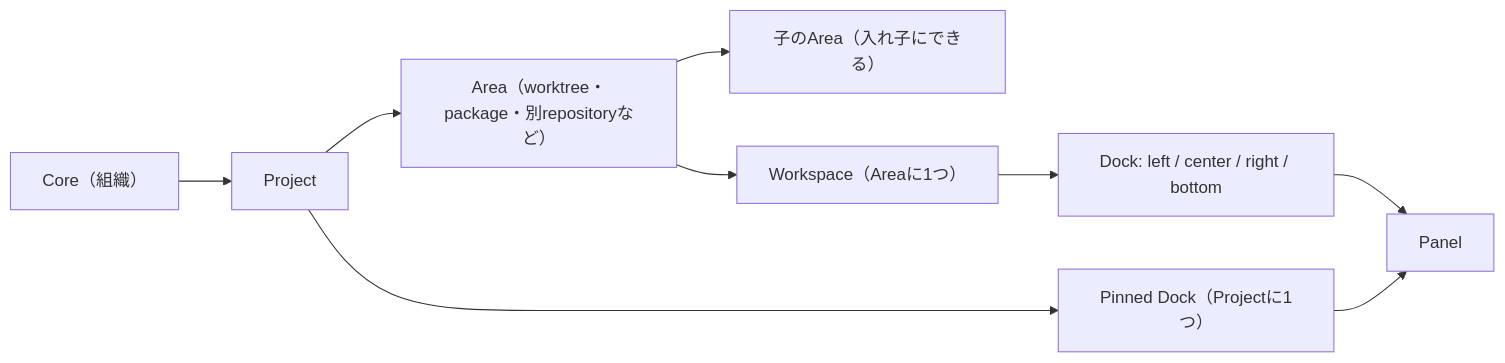
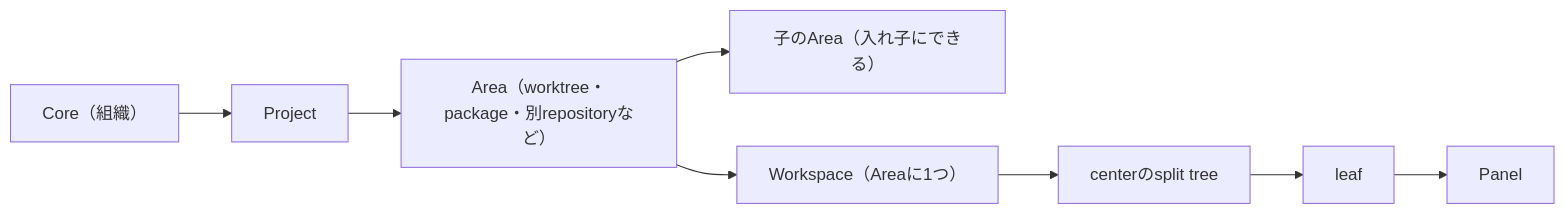
One commit to naatin777/plugumi changed the first of 2 diagrams in docs/designs/00004-web-plugin-screen-hierarchy.md. Above: the diagram before and after it, drawn with Mermaid. The commit also changed other lines of this file and 288 other files, not shown here.

````diff
--- a/docs/designs/00004-web-plugin-screen-hierarchy.md
+++ b/docs/designs/00004-web-plugin-screen-hierarchy.md
@@ -22,11 +22,10 @@
 ```mermaid
 flowchart LR
     Core["Core（組織）"] --> Project["Project"]
     Project --> Area["Area（worktree・package・別repositoryなど）"]
     Area --> Child["子のArea（入れ子にできる）"]
     Area --> Workspace["Workspace（Areaに1つ）"]
-    Workspace --> Dock["Dock: left / center / right / bottom"]
-    Project --> Pinned["Pinned Dock（Projectに1つ）"]
-    Dock --> Panel["Panel"]
-    Pinned --> Panel
+    Workspace --> Center["centerのsplit tree"]
+    Center --> Leaf["leaf"]
+    Leaf --> Panel["Panel"]
 ```
````
